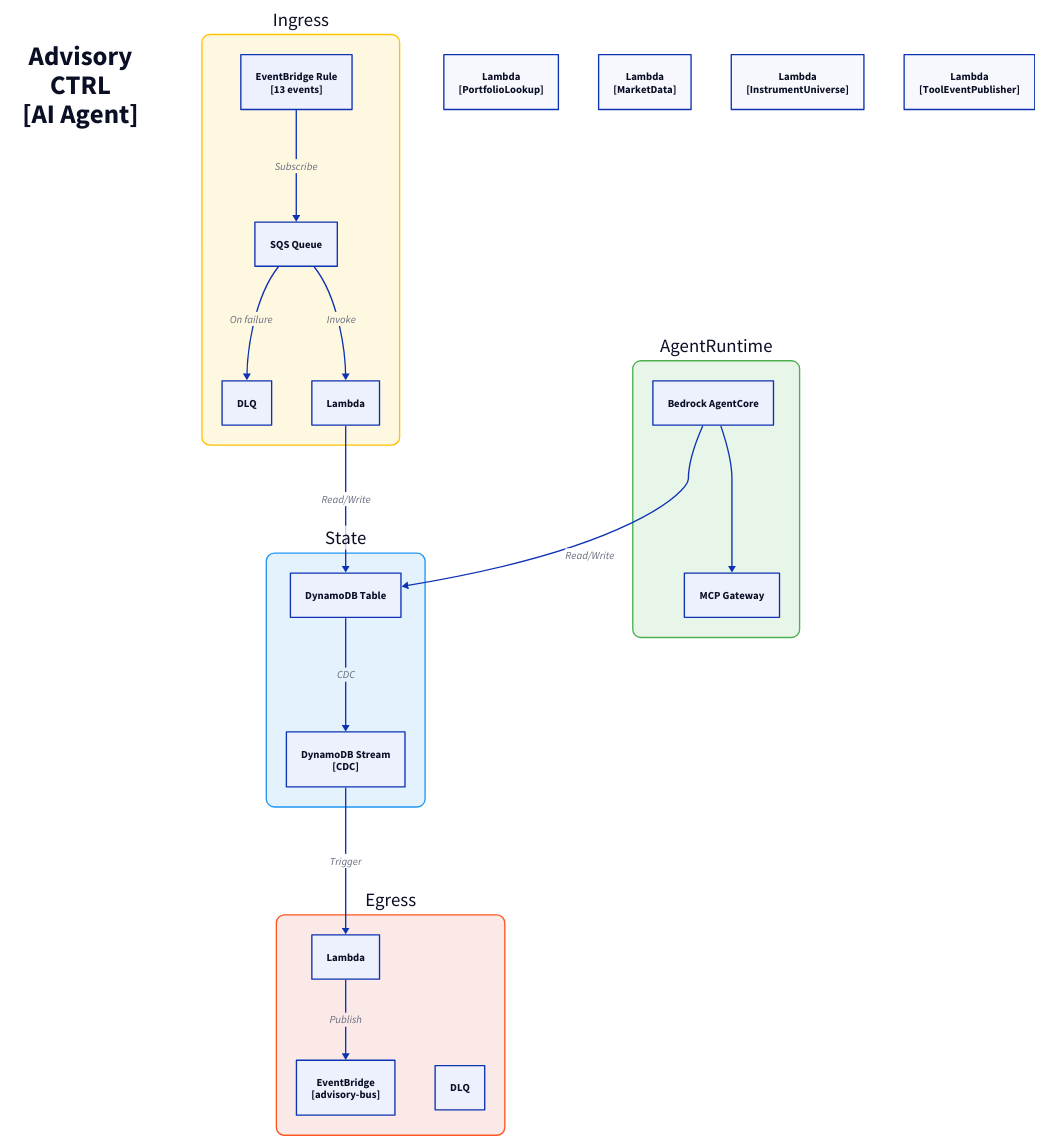
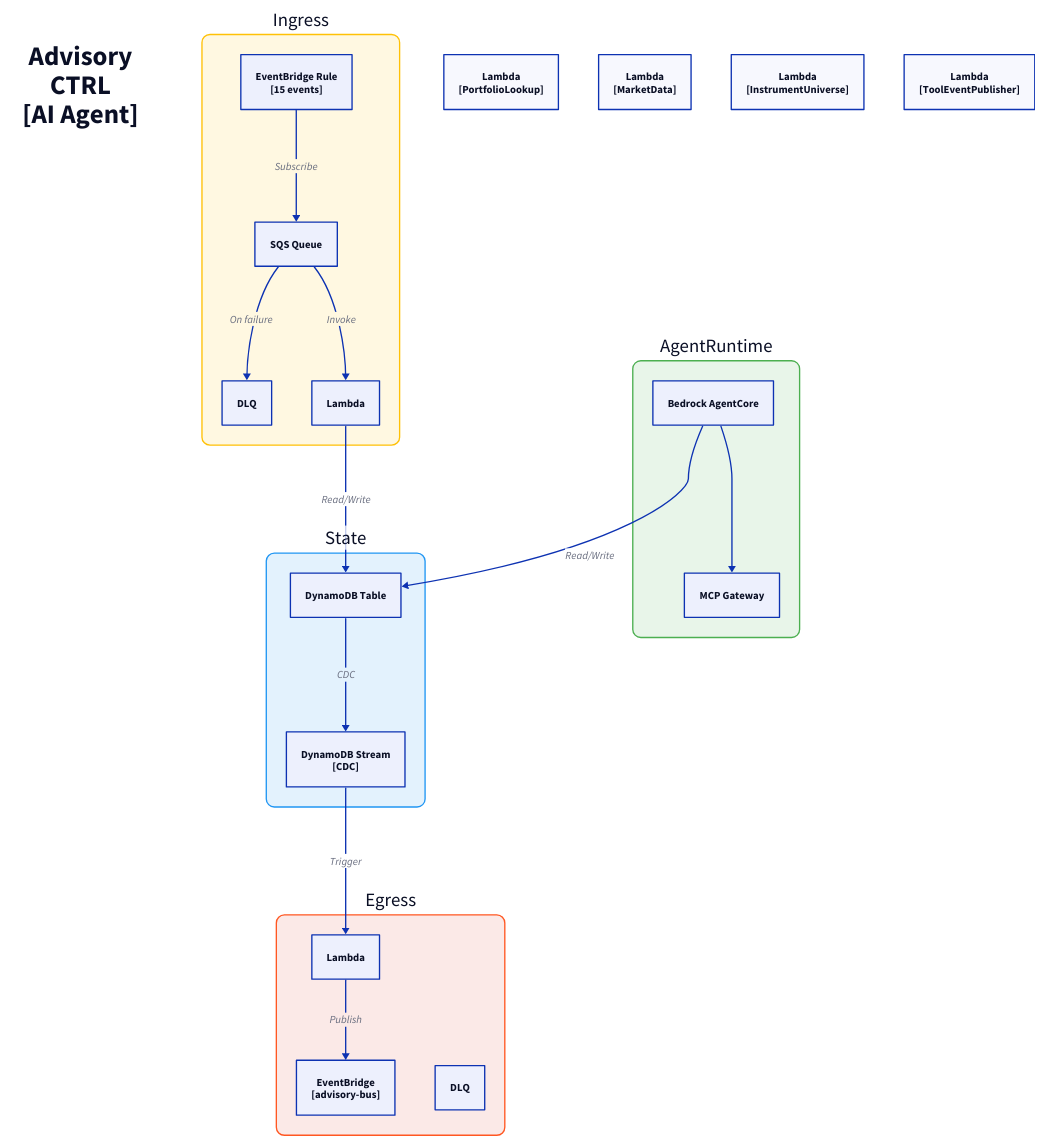
Before and after one commit to fabio-vitali/nestfolio: the diagram in docs/architecture/c3/advisory-ctrl.d2, drawn with D2. The commit also changed 70 other files, not shown here.

Commit message:
docs: regenerate C4 diagrams from current CDK stacks

```diff
--- a/docs/architecture/c3/advisory-ctrl.d2
+++ b/docs/architecture/c3/advisory-ctrl.d2
@@ -1,50 +1,50 @@
 direction: down
 
 title: "Advisory\nCTRL\n[AI Agent]" {
   style: { font-size: 40; bold: true; fill: transparent; stroke: transparent }
 }
 
 ingress: "Ingress" {
   style: { fill: "#FFF8E1"; stroke: "#FFC107"; border-radius: 12; font-size: 28 }
-  rule: "EventBridge Rule\n[13 events]" { class: aws-eventbridge }
+  rule: "EventBridge Rule\n[15 events]" { class: aws-eventbridge }
   sqs: "SQS Queue" { class: aws-sqs }
   dlq: "DLQ" { class: aws-dlq }
   handler: "Lambda" { class: aws-lambda }
 
   rule -> sqs: Subscribe
   sqs -> handler: Invoke
   sqs -> dlq: On failure
 }
 
 state: "State" {
   style: { fill: "#E3F2FD"; stroke: "#2196F3"; border-radius: 12; font-size: 28 }
   table: "DynamoDB Table" { class: aws-dynamodb }
   stream: "DynamoDB Stream\n[CDC]" { class: aws-ddb-stream }
   table -> stream: CDC
 }
 
 egress: "Egress" {
   style: { fill: "#FBE9E7"; stroke: "#FF5722"; border-radius: 12; font-size: 28 }
   processor: "Lambda" { class: aws-lambda }
   bus: "EventBridge\n[advisory-bus]" { class: aws-eventbridge }
   dlq: "DLQ" { class: aws-dlq }
 
   processor -> bus: Publish
 }
 
 agent-runtime: "AgentRuntime" {
   style: { fill: "#E8F5E9"; stroke: "#4CAF50"; border-radius: 12; font-size: 28 }
   runtime: "Bedrock AgentCore" { class: aws-bedrock }
   gateway: "MCP Gateway" { class: aws-lambda }
   runtime -> gateway
 }
 
 portfolio-lookup: "Lambda\n[PortfolioLookup]" { class: aws-lambda }
 market-data: "Lambda\n[MarketData]" { class: aws-lambda }
 instrument-universe: "Lambda\n[InstrumentUniverse]" { class: aws-lambda }
 tool-event-publisher: "Lambda\n[ToolEventPublisher]" { class: aws-lambda }
 
 # Flows
 ingress.handler -> state.table: Read/Write
 state.stream -> egress.processor: Trigger
 agent-runtime.runtime -> state.table: Read/Write
```
